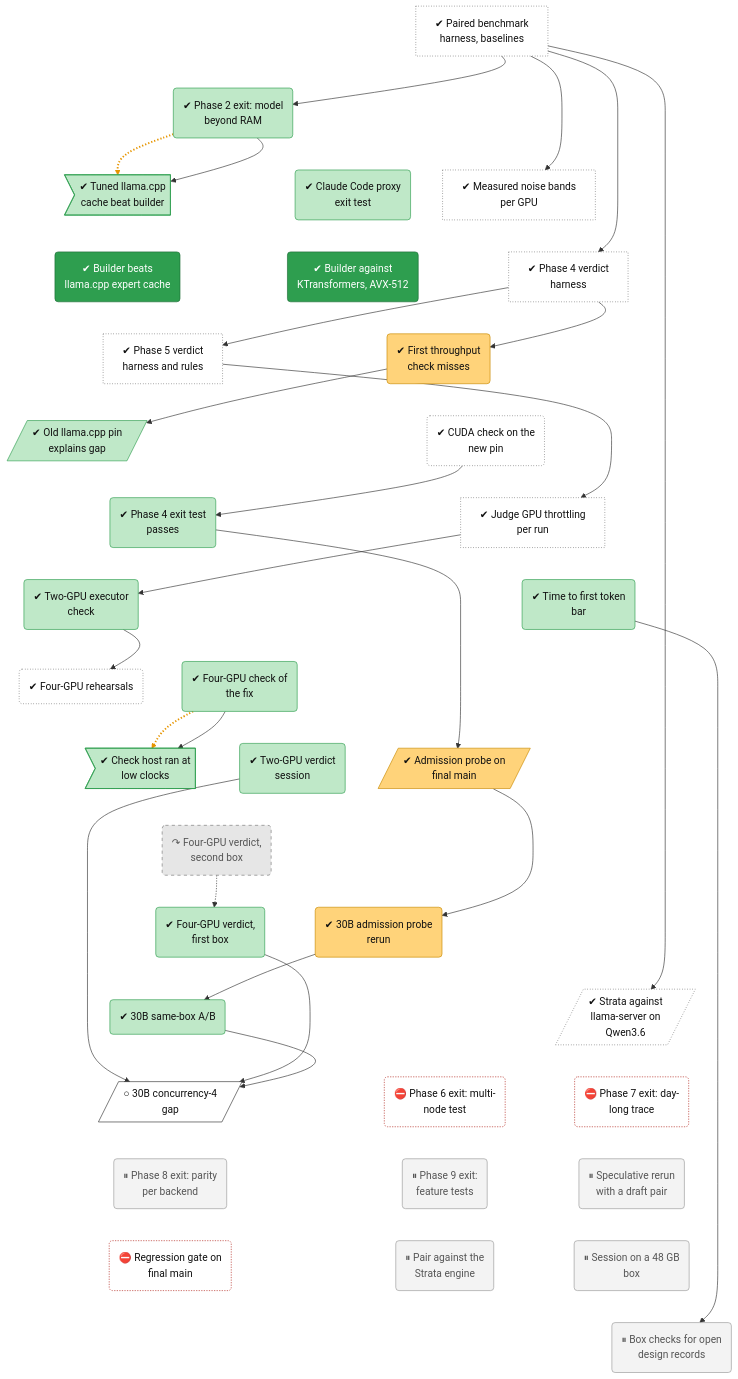
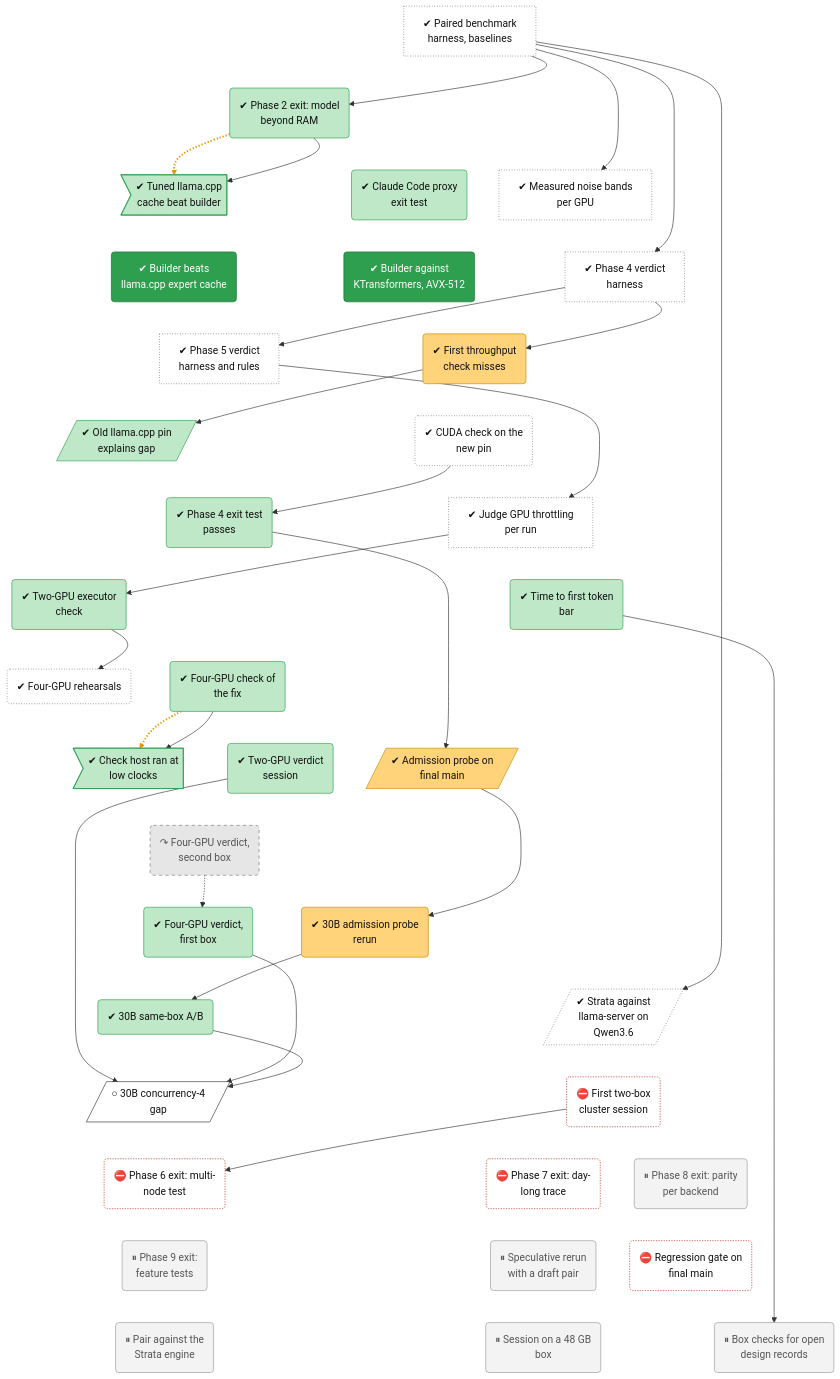
Before and after one commit to lhns/tetraeder: the diagram in docs/roadmap/tracks/bench.md, drawn with Mermaid. The commit also changed other lines of this file and 8 other files, not shown here.

````diff
--- a/docs/roadmap/tracks/bench.md
+++ b/docs/roadmap/tracks/bench.md
@@ -36,6 +36,7 @@
     bench_ab30b("✔ 30B same-box A/B")
     bench_strata_q36[/"✔ Strata against<br/>llama-server on<br/>Qwen3.6"/]
     bench_30b_c4_gap[/"○ 30B concurrency-4<br/>gap"/]
+    bench_phase6_rehearsal("⛔ First two-box<br/>cluster session")
     bench_phase6_exit("⛔ Phase 6 exit: multi-<br/>node test")
     bench_phase7_exit("⛔ Phase 7 exit: day-<br/>long trace")
     bench_phase8_exit("⏸ Phase 8 exit: parity<br/>per backend")
@@ -74,17 +75,16 @@
     bench_v4a_verdict ~~~ bench_ab30b
     bench_d2a_30b ~~~ bench_strata_q36
     bench_ab30b ~~~ bench_30b_c4_gap
-    bench_strata_q36 ~~~ bench_phase6_exit
-    bench_strata_q36 ~~~ bench_phase7_exit
-    bench_30b_c4_gap ~~~ bench_phase8_exit
+    bench_strata_q36 ~~~ bench_phase6_rehearsal
+    bench_30b_c4_gap ~~~ bench_phase6_exit
+    bench_phase6_rehearsal ~~~ bench_phase7_exit
+    bench_phase6_rehearsal ~~~ bench_phase8_exit
     bench_phase6_exit ~~~ bench_phase9_exit
     bench_phase7_exit ~~~ bench_spec_rerun
     bench_phase8_exit ~~~ bench_regression_gate
     bench_phase9_exit ~~~ bench_strata_pairing
     bench_spec_rerun ~~~ bench_d1_session
     bench_regression_gate ~~~ bench_open_records
-    bench_strata_pairing ~~~ bench_open_records
-    bench_d1_session ~~~ bench_open_records
     bench_harness --> bench_phase2_exit
     bench_phase2_exit -.-> bench_defect_tuned_cache
     bench_phase2_exit --> bench_defect_tuned_cache
@@ -107,8 +107,9 @@
     bench_v2_verdict --> bench_30b_c4_gap
     bench_v4a_verdict --> bench_30b_c4_gap
     bench_ab30b --> bench_30b_c4_gap
+    bench_phase6_rehearsal --> bench_phase6_exit
     bench_ttft --> bench_open_records
-    linkStyle 41,52 stroke:#e69500,stroke-width:3px,stroke-dasharray:2 3
+    linkStyle 40,51 stroke:#e69500,stroke-width:3px,stroke-dasharray:2 3
     classDef vsucc fill:#2e9e4f,stroke:#1b6b34,color:#fff
     classDef succ fill:#bfe8c8,stroke:#2e9e4f,color:#111
     classDef mixed fill:#ffd37a,stroke:#c98a00,color:#111
@@ -129,6 +130,6 @@
     class bench_d2a_rerun,bench_d2a_probe,bench_d2a_30b mixed
     class bench_v4b_verdict dead
     class bench_30b_c4_gap next
-    class bench_phase6_exit,bench_phase7_exit,bench_regression_gate blocked
+    class bench_phase6_rehearsal,bench_phase6_exit,bench_phase7_exit,bench_regression_gate blocked
     class bench_phase8_exit,bench_phase9_exit,bench_spec_rerun,bench_strata_pairing,bench_d1_session,bench_open_records parked
 ```
````
